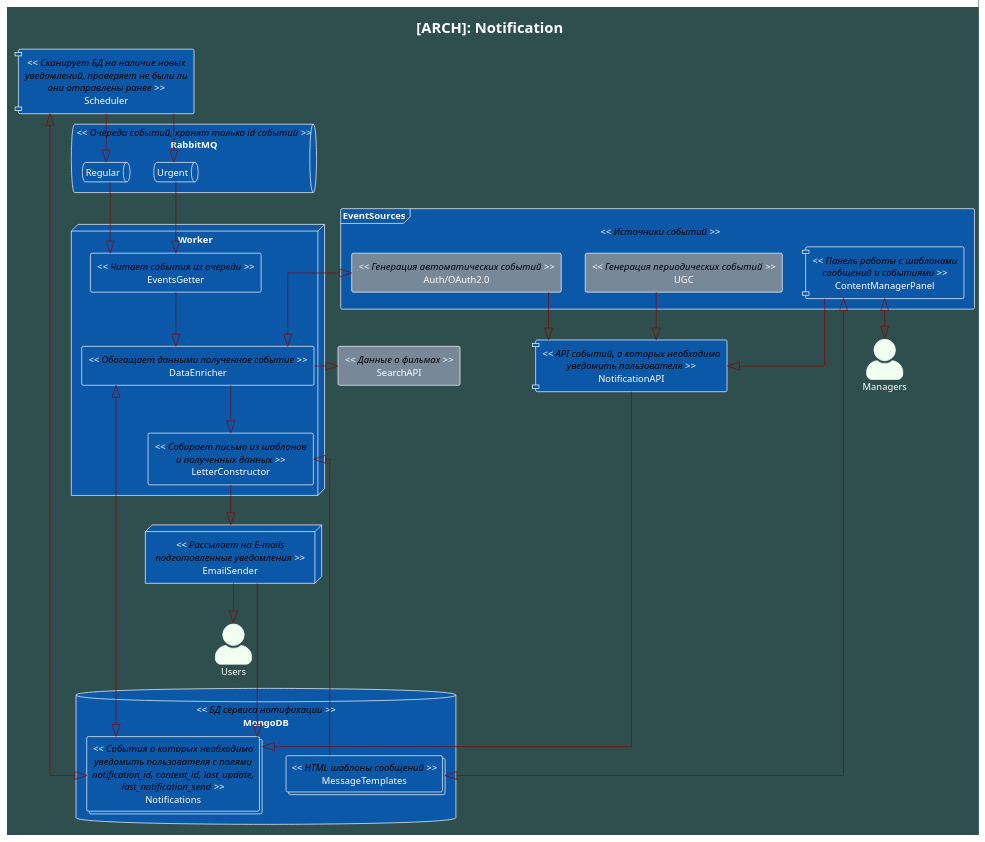
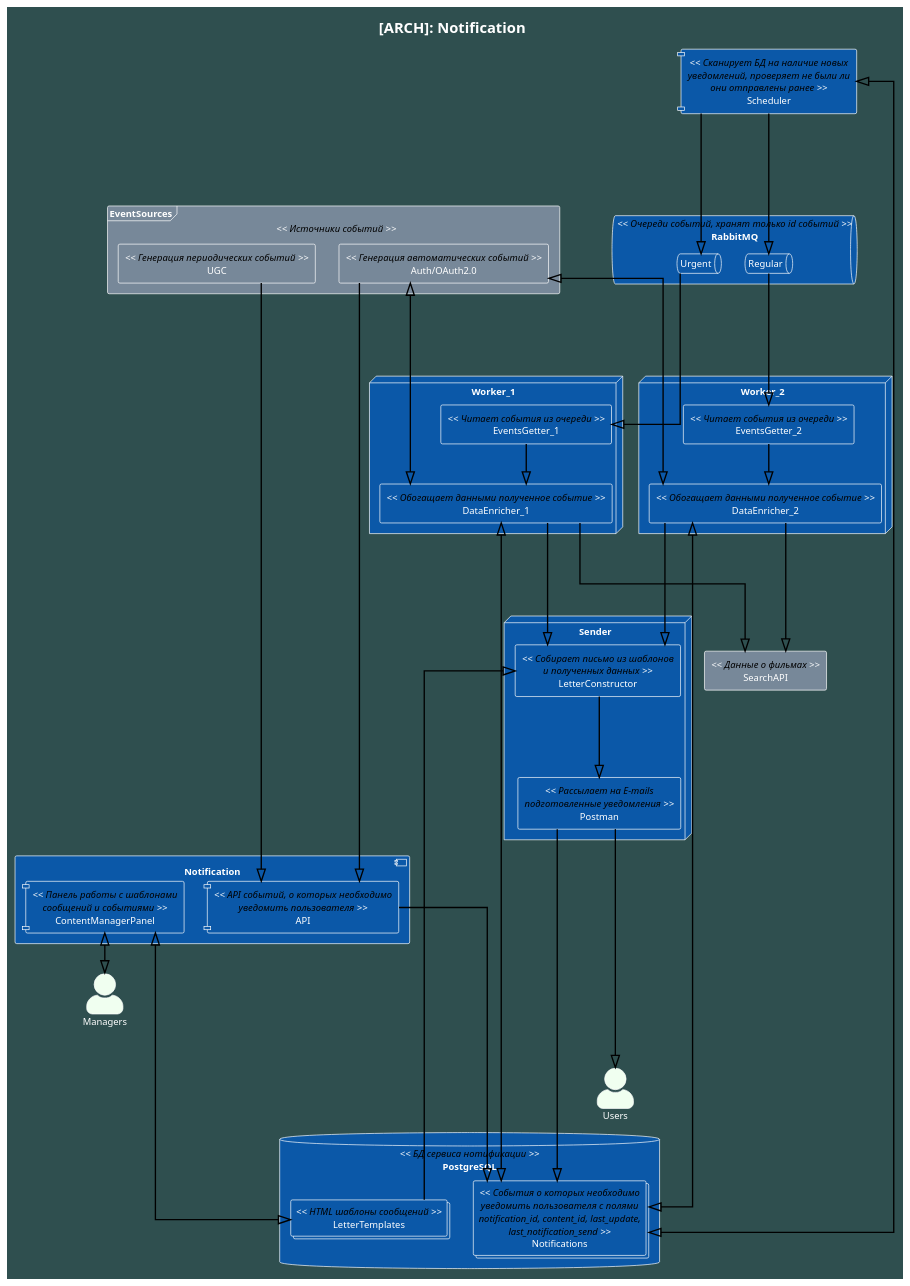
Before and after one commit to CatLecter/NotificationService: the diagram in architecture/to_be.puml, drawn with PlantUML. The commit also changed 1 other file, not shown here.

Commit message:
updated architecture

```diff
--- a/architecture/to_be.puml
+++ b/architecture/to_be.puml
@@ -1,59 +1,71 @@
 @startuml
 !theme amiga
 skinparam componentStyle uml1
 skinparam backgroundColor DarkSlateGray
 
 skinparam linetype ortho
-skinparam classarrowcolor DarkRed
+skinparam classarrowcolor Black
 skinparam SequenceMessageAlign reverseDirection
 skinparam actorStyle awesome
 skinparam defaultTextAlignment center
 
 title [ARCH]: Notification
 
-frame EventSources << <color:Black>Источники событий</color> >> {
+frame EventSources << <color:Black>Источники событий</color> >> #lightslategray {
     rectangle UGC << <color:Black>Генерация периодических событий</color> >> #lightslategray
     rectangle "Auth/OAuth2.0" << <color:Black>Генерация автоматических событий</color> >>  as Auth #lightslategray
+}
+component Notification {
+    component API << <color:Black>API событий, о которых необходимо\n<color:Black>уведомить пользователя</color> >>
     component ContentManagerPanel << <color:Black>Панель работы с шаблонами\n<color:Black>сообщений и событиями</color> >>
 }
-component NotificationAPI << <color:Black>API событий, о которых необходимо\n<color:Black>уведомить пользователя</color> >>
-database MongoDB << <color:Black>БД сервиса нотификации</color> >> {
+database PostgreSQL << <color:Black>БД сервиса нотификации</color> >> {
     collections Notifications << <color:Black>События о которых необходимо\n<color:Black>уведомить пользователя c полями\n<color:Black>notification_id, content_id, last_update,\n<color:Black>last_notification_send</color> >>
-    collections MessageTemplates << <color:Black>HTML шаблоны сообщений</color> >>
+    collections LetterTemplates << <color:Black>HTML шаблоны сообщений</color> >>
 }
 queue RabbitMQ << <color:Black>Очереди событий, хранят только id событий</color> >> {
     queue Urgent
     queue Regular
 }
-node EmailSender << <color:Black>Рассылает на E-mails\n<color:Black>подготовленные уведомления</color> >>
-node Worker {
-    rectangle EventsGetter << <color:Black>Читает события из очереди</color> >>
-    rectangle DataEnricher << <color:Black>Обогащает данными полученное событие</color> >>
+node Sender {
+    rectangle Postman << <color:Black>Рассылает на E-mails\n<color:Black>подготовленные уведомления</color> >>
     rectangle LetterConstructor << <color:Black>Собирает письмо из шаблонов\n<color:Black>и полученных данных</color> >>
+}
+node Worker_1 {
+    rectangle EventsGetter_1 << <color:Black>Читает события из очереди</color> >>
+    rectangle DataEnricher_1 << <color:Black>Обогащает данными полученное событие</color> >>
+}
+node Worker_2 {
+    rectangle EventsGetter_2 << <color:Black>Читает события из очереди</color> >>
+    rectangle DataEnricher_2 << <color:Black>Обогащает данными полученное событие</color> >>
 }
 actor Users #honeydew
 actor Managers #honeydew
 component Scheduler << <color:Black>Сканирует БД на наличие новых\n<color:Black>уведомлений, проверяет не были ли\n<color:Black>они отправлены ранее</color> >>
 rectangle SearchAPI << <color:Black>Данные о фильмах</color> >> #lightslategray
 
-Auth --|> NotificationAPI
-UGC --|> NotificationAPI
-NotificationAPI --|> Notifications
-Scheduler <|-|> Notifications
-Scheduler -|> Urgent
-Scheduler --|> Regular
-Urgent --|> EventsGetter
-Regular --|> EventsGetter
-EventsGetter --|> DataEnricher
-DataEnricher --|> LetterConstructor
-DataEnricher <|-up-|> Auth
-DataEnricher -|> SearchAPI
-DataEnricher <|---|> Notifications
-LetterConstructor --|> EmailSender
-LetterConstructor <|-- MessageTemplates
-EmailSender --|> Users
-EmailSender ---|> Notifications
-ContentManagerPanel <|--|> MessageTemplates
-Managers <|-up-|> ContentManagerPanel
-NotificationAPI <|-- ContentManagerPanel
+Auth -[bold]---|> API
+UGC -[bold]---|> API
+API -[bold]right-|> Notifications
+Scheduler <|-[bold]---|> Notifications
+Scheduler -[bold]---|> Urgent
+Scheduler -[bold]---|> Regular
+Urgent -[bold]---|> EventsGetter_1
+Regular -[bold]---|> EventsGetter_2
+EventsGetter_1 -[bold]-|> DataEnricher_1
+EventsGetter_2 -[bold]-|> DataEnricher_2
+DataEnricher_1 -[bold]---|> LetterConstructor
+DataEnricher_2 -[bold]---|> LetterConstructor
+DataEnricher_1 <|-[bold]up----|> Auth
+DataEnricher_2 <|-[bold]up----|> Auth
+DataEnricher_1 -[bold]---|> SearchAPI
+DataEnricher_2 -[bold]---|> SearchAPI
+DataEnricher_1 <|-[bold]---|> Notifications
+DataEnricher_2 <|-[bold]---|> Notifications
+LetterConstructor -[bold]--|> Postman
+LetterConstructor <|-[bold]------ LetterTemplates
+Postman -[bold]---|> Users
+Postman -[bold]---|> Notifications
+ContentManagerPanel <|-[bold]---|> LetterTemplates
+Managers <|-[bold]up-|> ContentManagerPanel
 @endumls
```
